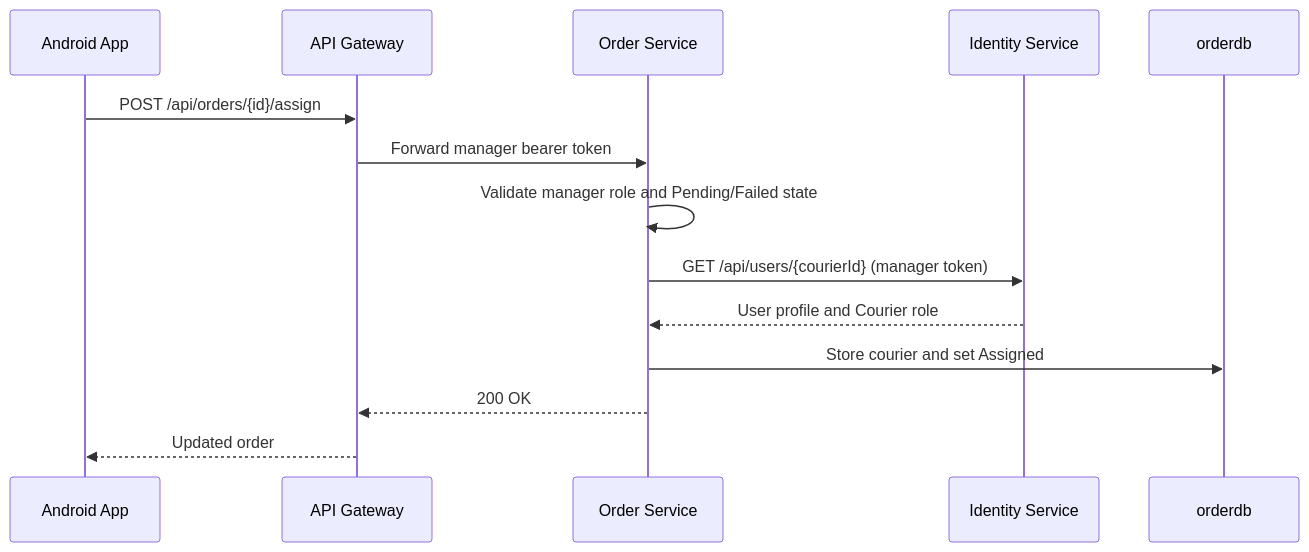
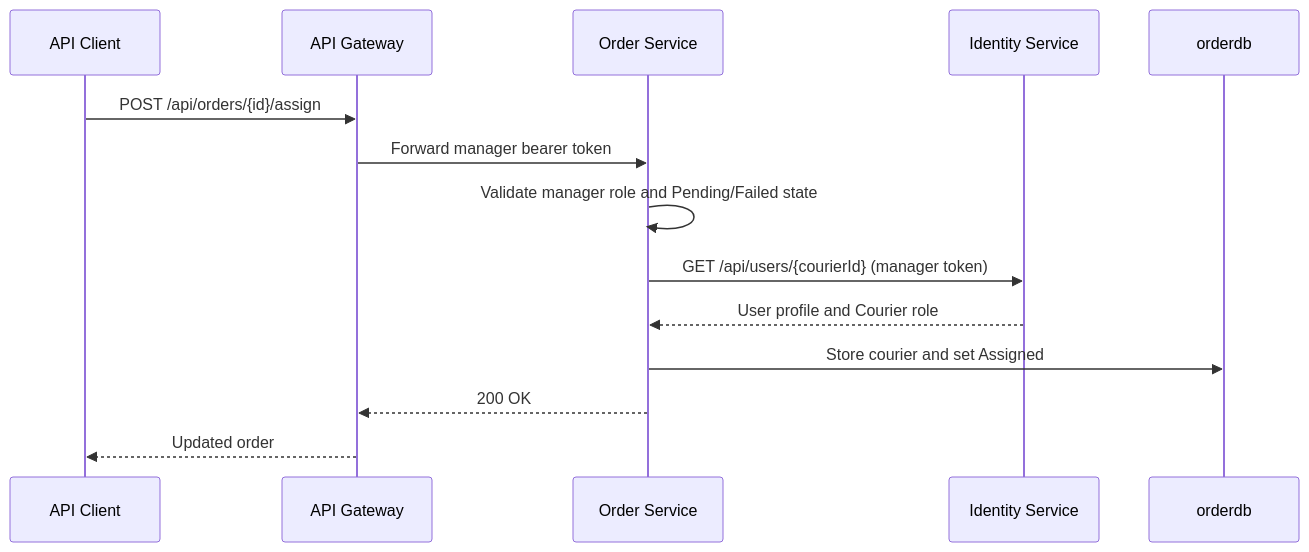
One commit to RenatoB04/Lesto changed the third of 4 diagrams in docs/sequences.md. Above: the diagram before and after it, drawn with Mermaid. The commit also changed other lines of this file and 56 other files, not shown here.

Commit message:
refactor: remove Android client and focus on backend

````diff
--- a/docs/sequences.md
+++ b/docs/sequences.md
@@ -43,17 +43,17 @@
 ```mermaid
 sequenceDiagram
-    participant App as Android App
+    participant Client as API Client
     participant Gateway as API Gateway
     participant Order as Order Service
     participant Identity as Identity Service
     participant Db as orderdb
 
-    App->>Gateway: POST /api/orders/{id}/assign
+    Client->>Gateway: POST /api/orders/{id}/assign
     Gateway->>Order: Forward manager bearer token
     Order->>Order: Validate manager role and Pending/Failed state
     Order->>Identity: GET /api/users/{courierId} (manager token)
     Identity-->>Order: User profile and Courier role
     Order->>Db: Store courier and set Assigned
     Order-->>Gateway: 200 OK
-    Gateway-->>App: Updated order
+    Gateway-->>Client: Updated order
 ```
````
